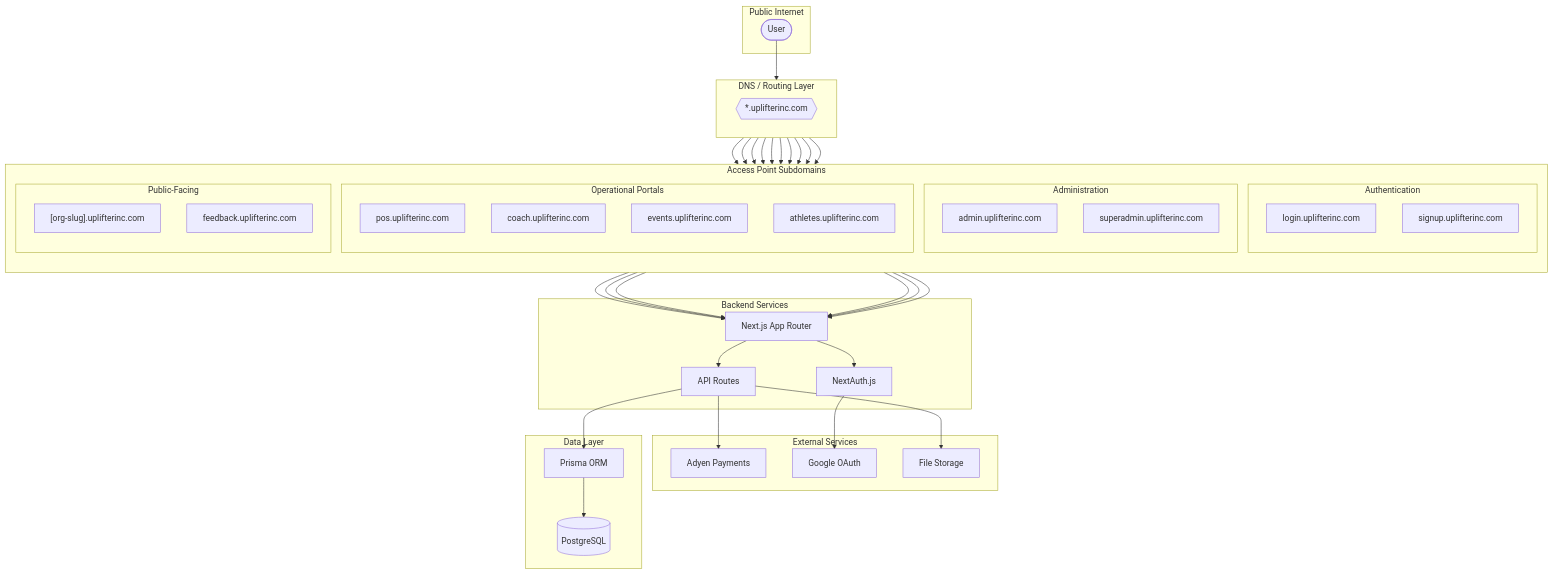
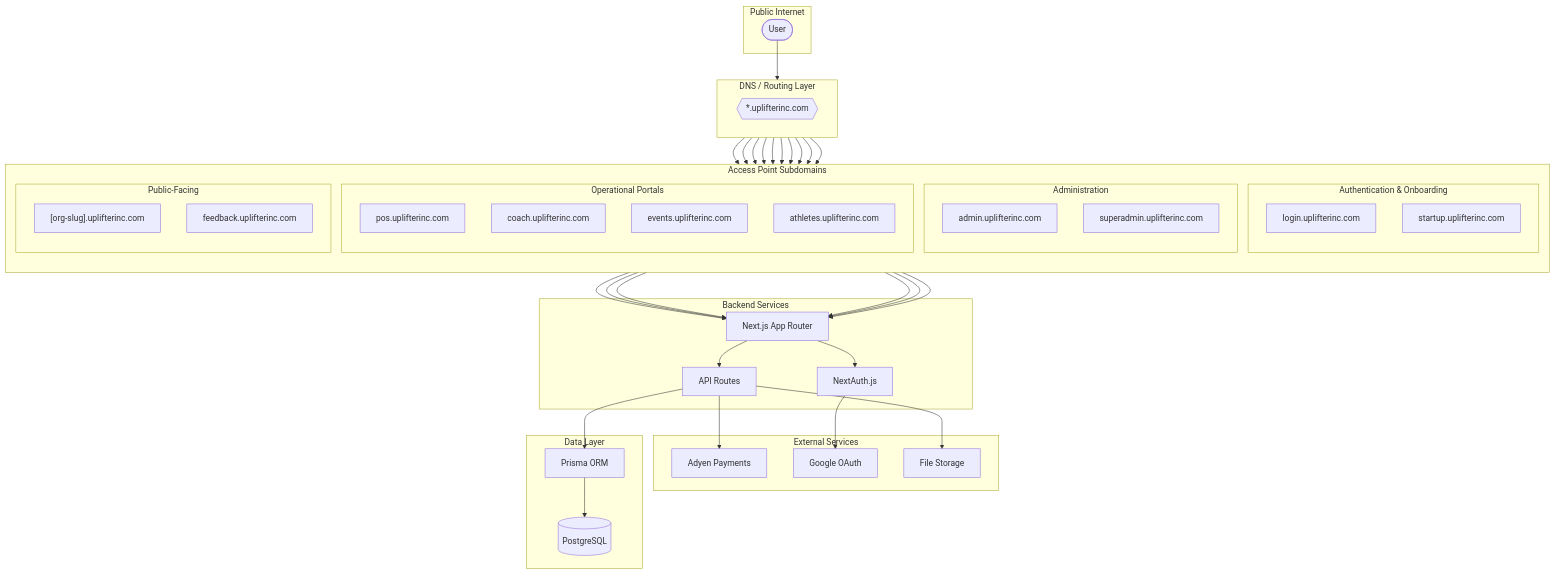
The first of 4 diagrams in docs/platform-architecture.md (nadilifter/twizzle), drawn with Mermaid before and after one commit. The commit also changed other lines of this file and 12 other files, not shown here.

First line of the commit message:
fix: Consolidate signup pages and rename org signup subdomain to startup

```diff
--- a/docs/platform-architecture.md
+++ b/docs/platform-architecture.md
@@ -22,9 +22,9 @@
     subgraph Portals["Access Point Subdomains"]
         direction TB
         
-        subgraph Auth["Authentication"]
+        subgraph Auth["Authentication & Onboarding"]
             Login["login.uplifterinc.com"]
-            Signup["signup.uplifterinc.com"]
+            Startup["startup.uplifterinc.com"]
         end
 
         subgraph Admin["Administration"]
@@ -46,7 +46,7 @@
     end
 
     Router --> Login
-    Router --> Signup
+    Router --> Startup
     Router --> OrgAdmin
     Router --> SuperAdmin
     Router --> POS
```
